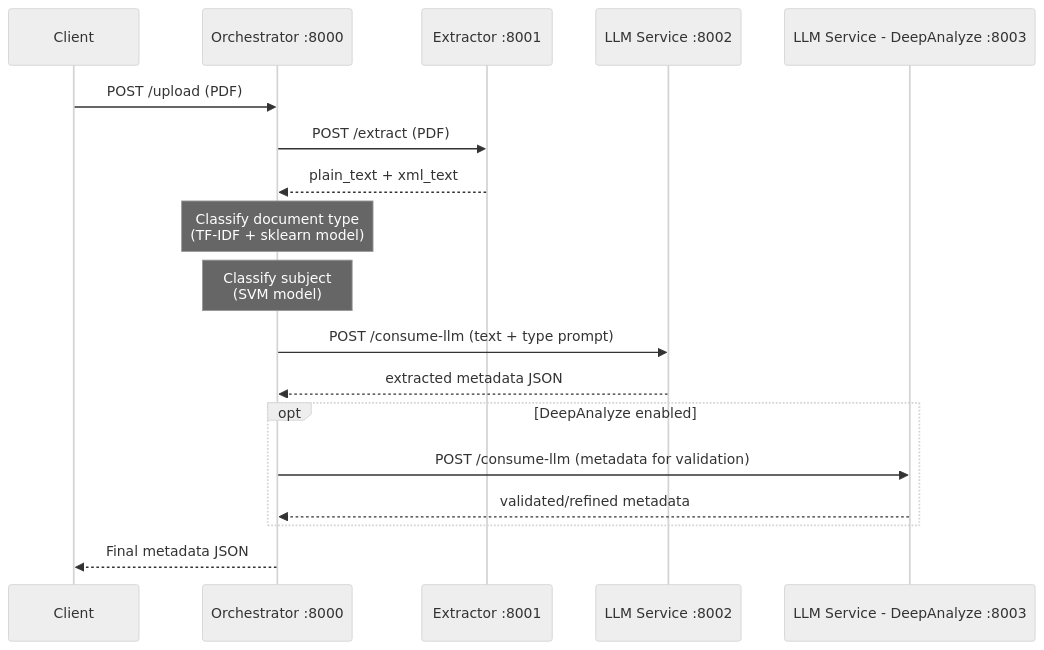
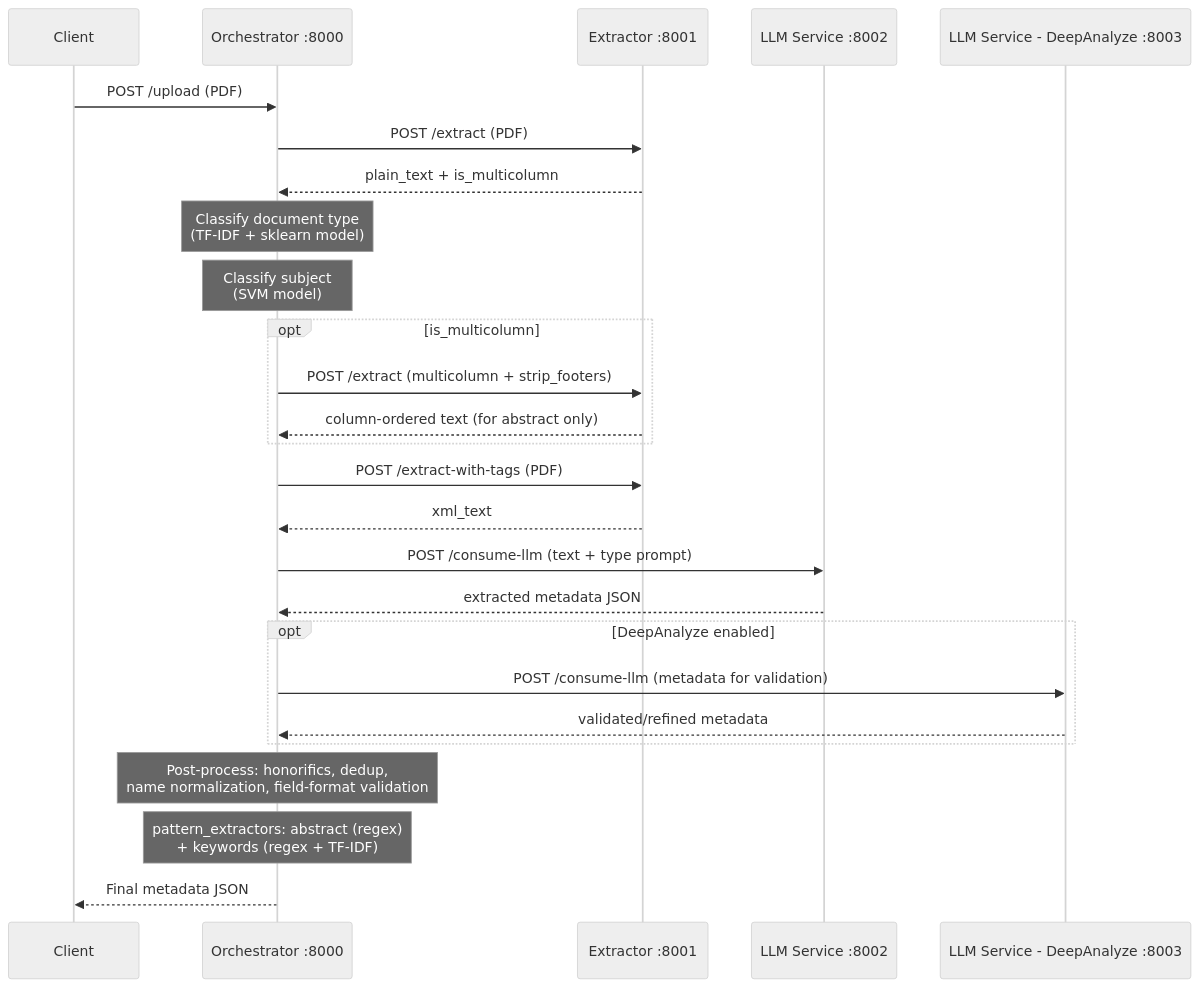
Before and after one commit to nahuelPanigo/document_extraction_llm: the second of 3 diagrams in docs/architecture.md, drawn with Mermaid (neutral theme). The commit also changed other lines of this file and 15 other files, not shown here.

````diff
--- a/docs/architecture.md
+++ b/docs/architecture.md
@@ -48,25 +48,36 @@
 ```mermaid
 sequenceDiagram
     participant Client
     participant Orchestrator as Orchestrator :8000
     participant Extractor as Extractor :8001
     participant LLM as LLM Service :8002
     participant Deep as LLM Service - DeepAnalyze :8003
 
     Client->>Orchestrator: POST /upload (PDF)
     Orchestrator->>Extractor: POST /extract (PDF)
-    Extractor-->>Orchestrator: plain_text + xml_text
+    Extractor-->>Orchestrator: plain_text + is_multicolumn
 
     Note over Orchestrator: Classify document type<br/>(TF-IDF + sklearn model)
     Note over Orchestrator: Classify subject<br/>(SVM model)
+
+    opt is_multicolumn
+        Orchestrator->>Extractor: POST /extract (multicolumn + strip_footers)
+        Extractor-->>Orchestrator: column-ordered text (for abstract only)
+    end
+
+    Orchestrator->>Extractor: POST /extract-with-tags (PDF)
+    Extractor-->>Orchestrator: xml_text
 
     Orchestrator->>LLM: POST /consume-llm (text + type prompt)
     LLM-->>Orchestrator: extracted metadata JSON
 
     opt DeepAnalyze enabled
         Orchestrator->>Deep: POST /consume-llm (metadata for validation)
         Deep-->>Orchestrator: validated/refined metadata
     end
 
+    Note over Orchestrator: Post-process: honorifics, dedup,<br/>name normalization, field-format validation
+    Note over Orchestrator: pattern_extractors: abstract (regex)<br/>+ keywords (regex + TF-IDF)
+
     Orchestrator-->>Client: Final metadata JSON
 ```
````
